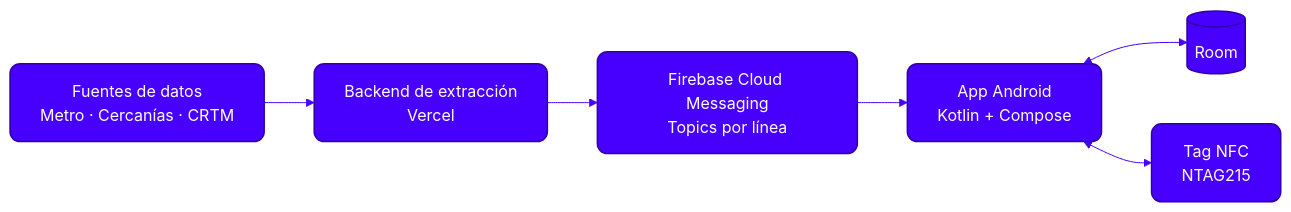
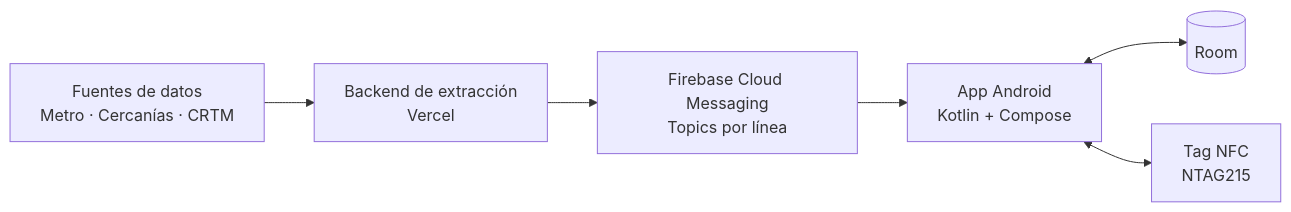
One commit to ag-hp/tranzit changed the first of 2 diagrams in README.md. Above: the diagram before and after it, drawn with Mermaid. The commit also changed other lines of this file, not shown here.

````diff
--- a/README.md
+++ b/README.md
@@ -96,12 +94,8 @@
 ```mermaid
-%%{init: {'theme':'base','themeVariables':{'lineColor':'#4700FD','fontFamily':'Inter, Segoe UI, Arial, sans-serif'}}}%%
 flowchart LR
     A[Fuentes de datos<br/>Metro · Cercanías · CRTM] --> B[Backend de extracción<br/>Vercel]
     B --> C[Firebase Cloud Messaging<br/>Topics por línea]
     C --> D[App Android<br/>Kotlin + Compose]
     D <--> E[(Room)]
     D <--> F[Tag NFC<br/>NTAG215]
-
-    classDef azul fill:#4700FD,stroke:#2F00A8,stroke-width:1.5px,color:#fff,rx:10,ry:10
-    class A,B,C,D,E,F azul
 ```
````
